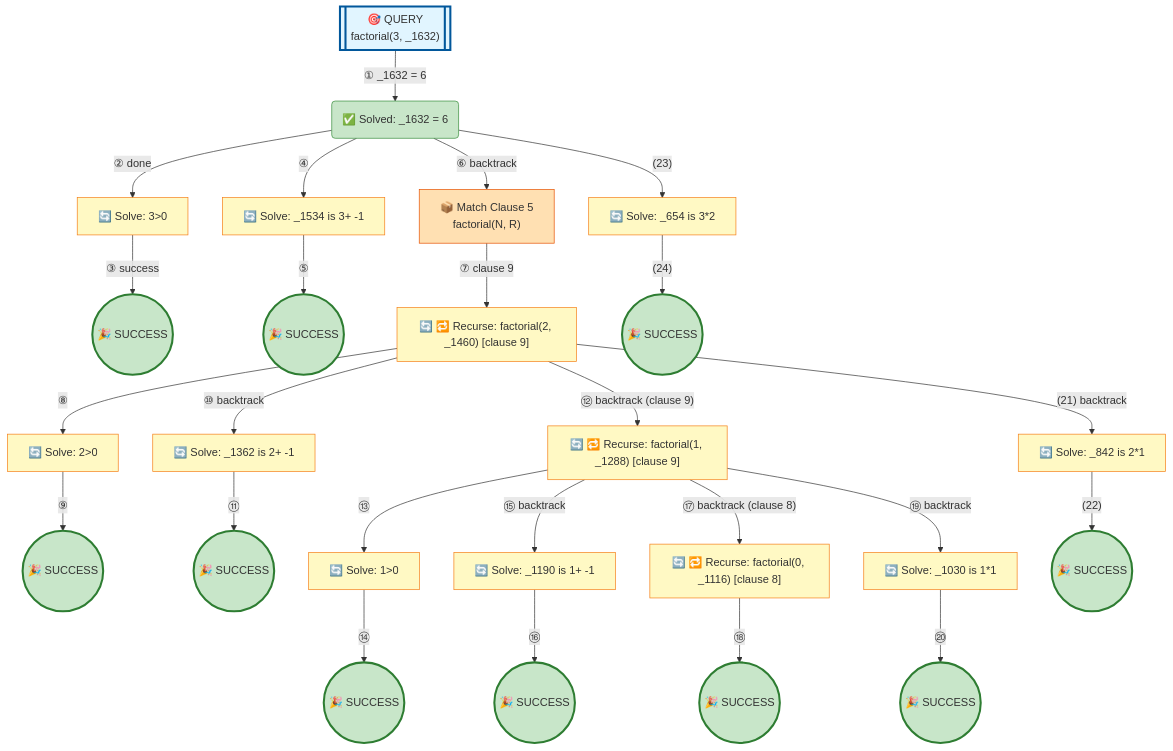
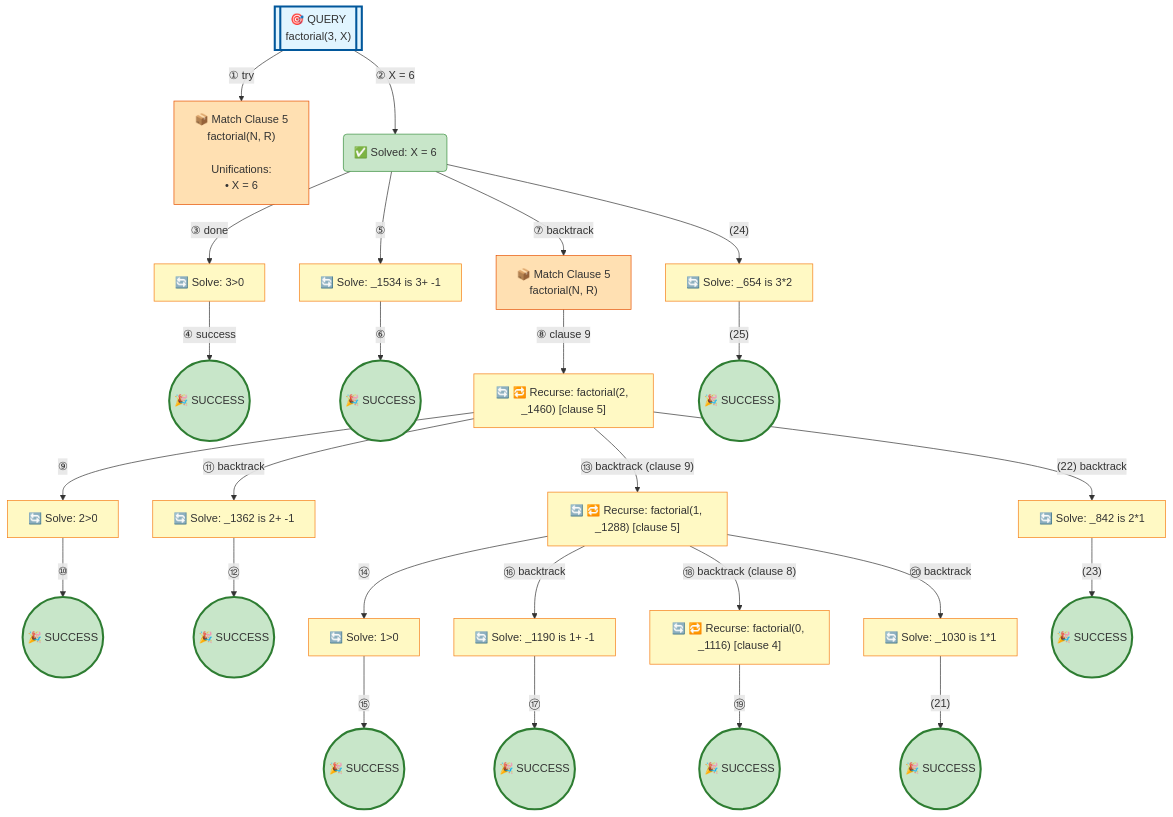
Before and after one commit to jarecsni/prolog-trace-viz: the diagram in examples/factorial-detailed.md, drawn with Mermaid. The commit also changed other lines of this file and 26 other files, not shown here.

````diff
--- a/examples/factorial-detailed.md
+++ b/examples/factorial-detailed.md
@@ -17,82 +17,85 @@
 graph TD
 
 %% Nodes
-A[["🎯 QUERY<br/>factorial(3, _1632)"]]
-B("✅ Solved: _1632 = 6")
-C["🔄 Solve: 3>0"]
-D(("🎉 SUCCESS"))
-E["🔄 Solve: _1534 is 3+ -1"]
-F(("🎉 SUCCESS"))
-G["📦 Match Clause 5<br/>factorial(N, R)"]
-H["🔄 🔁 Recurse: factorial(2, _1460) [clause 9]"]
-I["🔄 Solve: 2>0"]
-J(("🎉 SUCCESS"))
-K["🔄 Solve: _1362 is 2+ -1"]
-L(("🎉 SUCCESS"))
-M["🔄 🔁 Recurse: factorial(1, _1288) [clause 9]"]
-N["🔄 Solve: 1>0"]
-O(("🎉 SUCCESS"))
-P["🔄 Solve: _1190 is 1+ -1"]
-Q(("🎉 SUCCESS"))
-R["🔄 🔁 Recurse: factorial(0, _1116) [clause 8]"]
-S(("🎉 SUCCESS"))
-T["🔄 Solve: _1030 is 1*1"]
-U(("🎉 SUCCESS"))
-V["🔄 Solve: _842 is 2*1"]
-W(("🎉 SUCCESS"))
-X["🔄 Solve: _654 is 3*2"]
-Y(("🎉 SUCCESS"))
+A[["🎯 QUERY<br/>factorial(3, X)"]]
+B["📦 Match Clause 5<br/>factorial(N, R)<br/><br/>Unifications:<br/>• X = 6"]
+C("✅ Solved: X = 6")
+D["🔄 Solve: 3>0"]
+E(("🎉 SUCCESS"))
+F["🔄 Solve: _1534 is 3+ -1"]
+G(("🎉 SUCCESS"))
+H["📦 Match Clause 5<br/>factorial(N, R)"]
+I["🔄 🔁 Recurse: factorial(2, _1460) [clause 5]"]
+J["🔄 Solve: 2>0"]
+K(("🎉 SUCCESS"))
+L["🔄 Solve: _1362 is 2+ -1"]
+M(("🎉 SUCCESS"))
+N["🔄 🔁 Recurse: factorial(1, _1288) [clause 5]"]
+O["🔄 Solve: 1>0"]
+P(("🎉 SUCCESS"))
+Q["🔄 Solve: _1190 is 1+ -1"]
+R(("🎉 SUCCESS"))
+S["🔄 🔁 Recurse: factorial(0, _1116) [clause 4]"]
+T(("🎉 SUCCESS"))
+U["🔄 Solve: _1030 is 1*1"]
+V(("🎉 SUCCESS"))
+W["🔄 Solve: _842 is 2*1"]
+X(("🎉 SUCCESS"))
+Y["🔄 Solve: _654 is 3*2"]
+Z(("🎉 SUCCESS"))
 
 %% Edges
-A -->|"① _1632 = 6"| B
-B -->|"② done"| C
-C -->|"③ success"| D
-B -->|"④"| E
-E -->|"⑤"| F
-B -->|"⑥ backtrack"| G
-G -->|"⑦ clause 9"| H
-H -->|"⑧"| I
+A -->|"① try"| B
+A -->|"② X = 6"| C
+C -->|"③ done"| D
+D -->|"④ success"| E
+C -->|"⑤"| F
+F -->|"⑥"| G
+C -->|"⑦ backtrack"| H
+H -->|"⑧ clause 9"| I
 I -->|"⑨"| J
-H -->|"⑩ backtrack"| K
-K -->|"⑪"| L
-H -->|"⑫ backtrack (clause 9)"| M
-M -->|"⑬"| N
+J -->|"⑩"| K
+I -->|"⑪ backtrack"| L
+L -->|"⑫"| M
+I -->|"⑬ backtrack (clause 9)"| N
 N -->|"⑭"| O
-M -->|"⑮ backtrack"| P
-P -->|"⑯"| Q
-M -->|"⑰ backtrack (clause 8)"| R
-R -->|"⑱"| S
-M -->|"⑲ backtrack"| T
-T -->|"⑳"| U
-H -->|"(21) backtrack"| V
-V -->|"(22)"| W
-B -->|"(23)"| X
-X -->|"(24)"| Y
+O -->|"⑮"| P
+N -->|"⑯ backtrack"| Q
+Q -->|"⑰"| R
+N -->|"⑱ backtrack (clause 8)"| S
+S -->|"⑲"| T
+N -->|"⑳ backtrack"| U
+U -->|"(21)"| V
+I -->|"(22) backtrack"| W
+W -->|"(23)"| X
+C -->|"(24)"| Y
+Y -->|"(25)"| Z
 
 %% Styles
 style A fill:#e1f5ff,stroke:#01579b,stroke-width:3px
-style B fill:#c8e6c9,stroke:#388e3c
-style C fill:#fff9c4,stroke:#f57f17
-style D fill:#c8e6c9,stroke:#2e7d32,stroke-width:3px
-style E fill:#fff9c4,stroke:#f57f17
-style F fill:#c8e6c9,stroke:#2e7d32,stroke-width:3px
-style G fill:#ffe0b2,stroke:#e65100
-style H fill:#fff9c4,stroke:#f57f17
+style B fill:#ffe0b2,stroke:#e65100
+style C fill:#c8e6c9,stroke:#388e3c
+style D fill:#fff9c4,stroke:#f57f17
+style E fill:#c8e6c9,stroke:#2e7d32,stroke-width:3px
+style F fill:#fff9c4,stroke:#f57f17
+style G fill:#c8e6c9,stroke:#2e7d32,stroke-width:3px
+style H fill:#ffe0b2,stroke:#e65100
 style I fill:#fff9c4,stroke:#f57f17
-style J fill:#c8e6c9,stroke:#2e7d32,stroke-width:3px
-style K fill:#fff9c4,stroke:#f57f17
-style L fill:#c8e6c9,stroke:#2e7d32,stroke-width:3px
-style M fill:#fff9c4,stroke:#f57f17
+style J fill:#fff9c4,stroke:#f57f17
+style K fill:#c8e6c9,stroke:#2e7d32,stroke-width:3px
+style L fill:#fff9c4,stroke:#f57f17
+style M fill:#c8e6c9,stroke:#2e7d32,stroke-width:3px
 style N fill:#fff9c4,stroke:#f57f17
-style O fill:#c8e6c9,stroke:#2e7d32,stroke-width:3px
-style P fill:#fff9c4,stroke:#f57f17
-style Q fill:#c8e6c9,stroke:#2e7d32,stroke-width:3px
-style R fill:#fff9c4,stroke:#f57f17
-style S fill:#c8e6c9,stroke:#2e7d32,stroke-width:3px
-style T fill:#fff9c4,stroke:#f57f17
-style U fill:#c8e6c9,stroke:#2e7d32,stroke-width:3px
-style V fill:#fff9c4,stroke:#f57f17
-style W fill:#c8e6c9,stroke:#2e7d32,stroke-width:3px
-style X fill:#fff9c4,stroke:#f57f17
-style Y fill:#c8e6c9,stroke:#2e7d32,stroke-width:3px
+style O fill:#fff9c4,stroke:#f57f17
+style P fill:#c8e6c9,stroke:#2e7d32,stroke-width:3px
+style Q fill:#fff9c4,stroke:#f57f17
+style R fill:#c8e6c9,stroke:#2e7d32,stroke-width:3px
+style S fill:#fff9c4,stroke:#f57f17
+style T fill:#c8e6c9,stroke:#2e7d32,stroke-width:3px
+style U fill:#fff9c4,stroke:#f57f17
+style V fill:#c8e6c9,stroke:#2e7d32,stroke-width:3px
+style W fill:#fff9c4,stroke:#f57f17
+style X fill:#c8e6c9,stroke:#2e7d32,stroke-width:3px
+style Y fill:#fff9c4,stroke:#f57f17
+style Z fill:#c8e6c9,stroke:#2e7d32,stroke-width:3px
 ```
````
